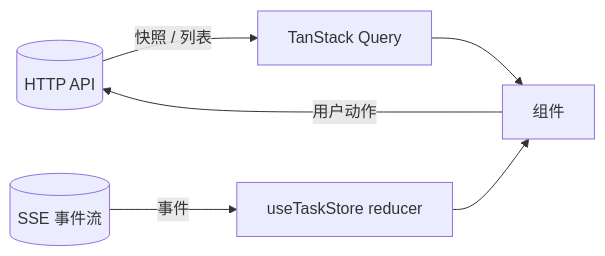
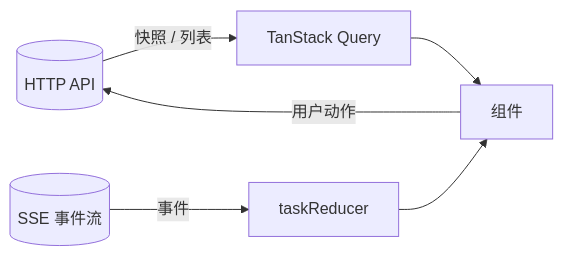
Before and after one commit to MakinoharaShokosans/BaseAgent: the diagram in docs/10_frontend/01_architecture.md, drawn with Mermaid. The commit also changed other lines of this file and 97 other files, not shown here.

````diff
--- a/docs/10_frontend/01_architecture.md
+++ b/docs/10_frontend/01_architecture.md
@@ -69,8 +74,8 @@
 ```mermaid
 flowchart LR
     API[(HTTP API)] -->|快照 / 列表| Q[TanStack Query]
-    SSE[(SSE 事件流)] -->|事件| S[useTaskStore reducer]
+    SSE[(SSE 事件流)] -->|事件| S[taskReducer]
     Q --> C[组件]
     S --> C
     C -->|用户动作| API
 ```
````
